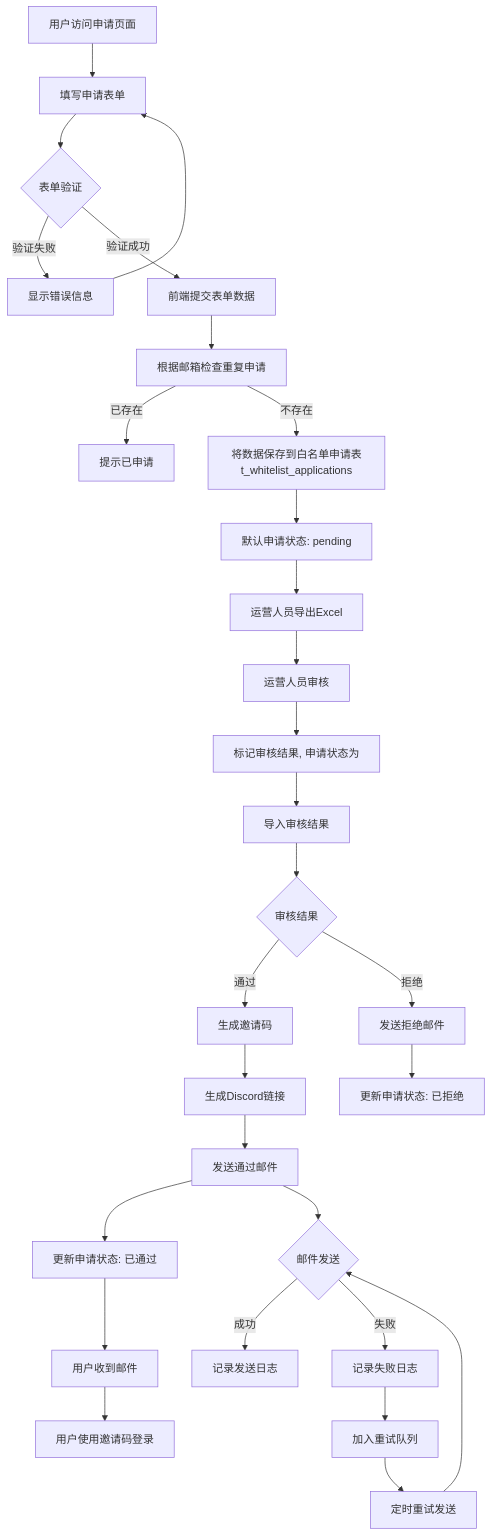
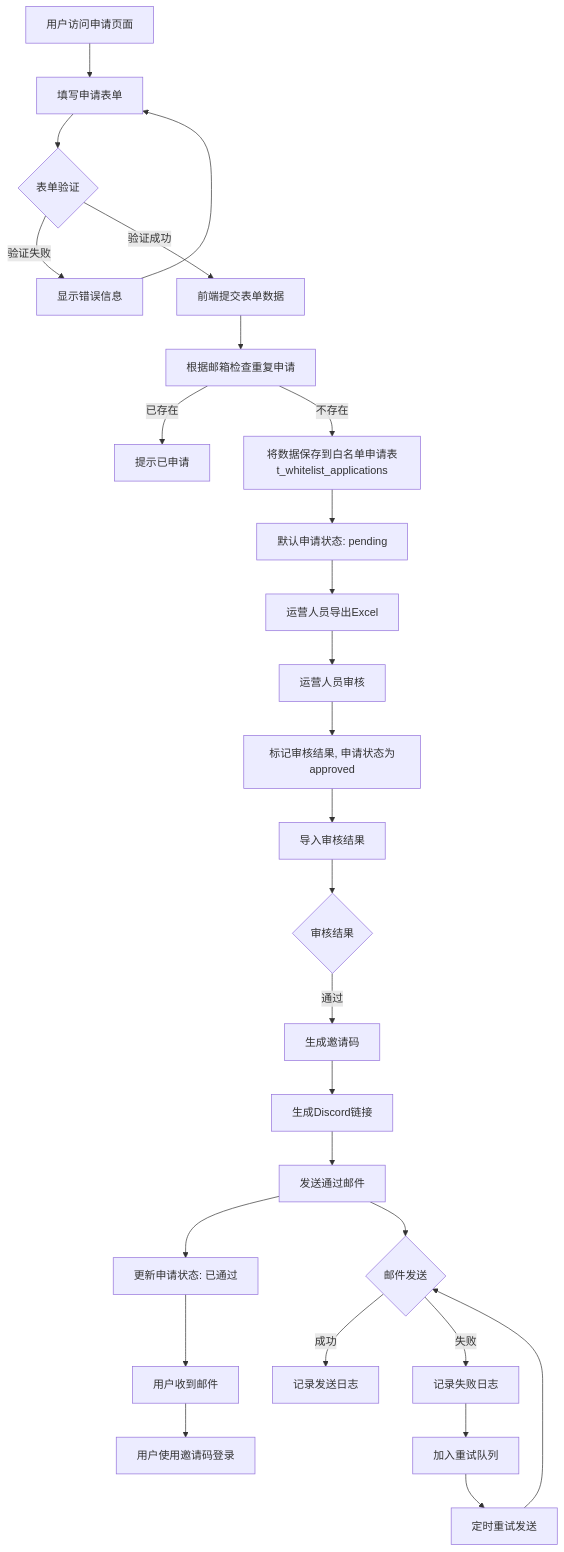
The diagram in all/未命名-69.md (yingjianzh/iodraw-files), drawn with Mermaid before and after one commit.

Commit message:
2025-07-03 10:29:23 update

````diff
--- a/all/未命名-69.md
+++ b/all/未命名-69.md
@@ -1,36 +1,35 @@
 ```mermaid
 flowchart TD
     A[用户访问申请页面] --> B[填写申请表单]
     B --> C{表单验证}
     C -->|验证失败| D[显示错误信息]
     D --> B
     C -->|验证成功| E[前端提交表单数据]
     E -->E1[根据邮箱检查重复申请]
     E1 -->|已存在| F[提示已申请]
     E1 -->|不存在| G[将数据保存到白名单申请表t_whitelist_applications]
     G --> H[默认申请状态: pending]
     
     H --> I[运营人员导出Excel]
     I --> J[运营人员审核]
-    J --> K[标记审核结果, 申请状态为]
+    J --> K[标记审核结果, 申请状态为approved]
     K --> L[导入审核结果]
     L --> M{审核结果}
     
     M -->|通过| N[生成邀请码]
     N --> O[生成Discord链接]
     O --> P[发送通过邮件]
     P --> Q[更新申请状态: 已通过]
     
-    M -->|拒绝| R[发送拒绝邮件]
-    R --> S[更新申请状态: 已拒绝]
+   
     
     P --> T{邮件发送}
     T -->|成功| U[记录发送日志]
     T -->|失败| V[记录失败日志]
     V --> W[加入重试队列]
     W --> X[定时重试发送]
     X --> T
     
     Q --> Y[用户收到邮件]
     Y --> Z[用户使用邀请码登录]
 ```
````
